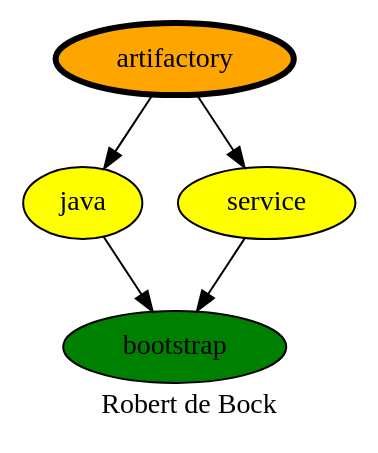
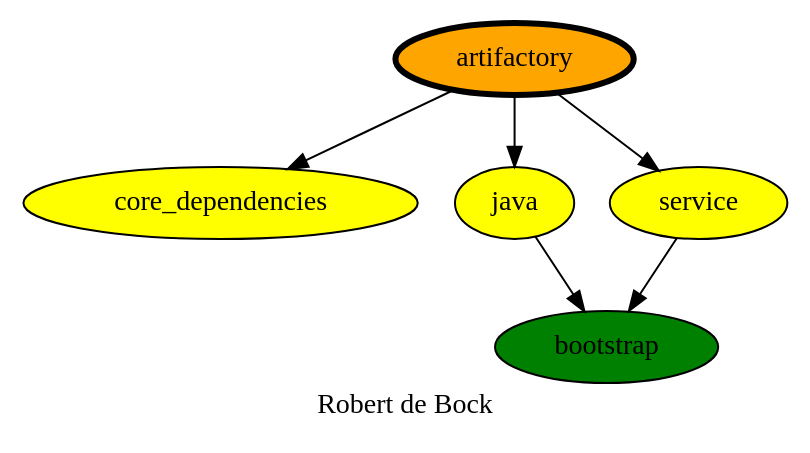
Before and after one commit to robertdebock/drawings: the diagram in artifactory.dot, drawn with Graphviz. The commit also changed 1 other file, not shown here.

Commit message:
dsvpn and artifactory.

```diff
--- a/artifactory.dot
+++ b/artifactory.dot
@@ -1,12 +1,13 @@
 digraph PhiloDilemma {
   label = "Robert de Bock" ;
   overlap=false
   {
     bootstrap [fillcolor=green style=filled]
+    core_dependencies [fillcolor=yellow style=filled]
     java [fillcolor=yellow style=filled]
     service [fillcolor=yellow style=filled]
     artifactory [fillcolor=orange style=filled penwidth=3]
   }
   {java service} -> bootstrap
-  artifactory -> {java service}
+  artifactory -> {java service core_dependencies}
 }
```
